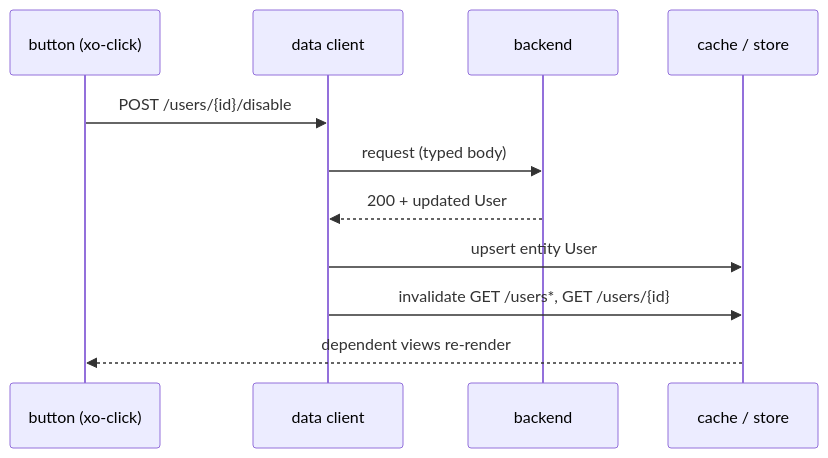
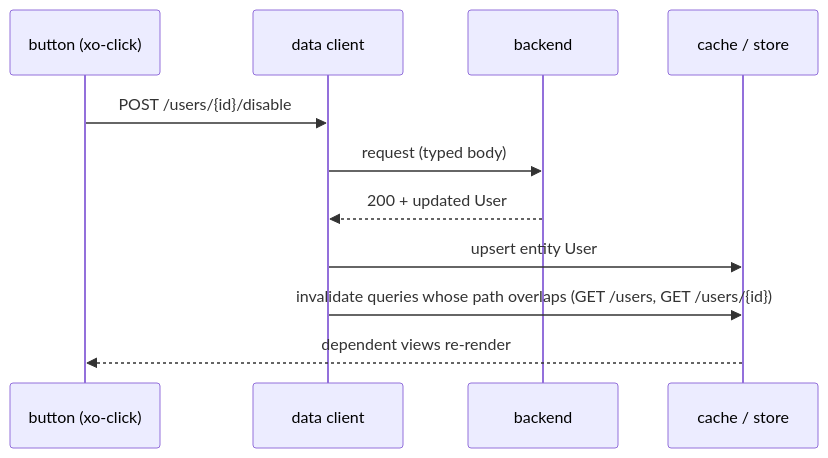
Before and after one commit to fpt-duongtx/xoong: the fourth of 6 diagrams in docs/architecture.md, drawn with Mermaid. The commit also changed other lines of this file and 107 other files, not shown here.

````diff
--- a/docs/architecture.md
+++ b/docs/architecture.md
@@ -124,13 +160,13 @@
 ```mermaid
 sequenceDiagram
   participant B as button (xo-click)
   participant D as data client
   participant S as backend
   participant C as cache / store
   B->>D: POST /users/{id}/disable
   D->>S: request (typed body)
   S-->>D: 200 + updated User
   D->>C: upsert entity User#id
-  D->>C: invalidate GET /users*, GET /users/{id}
+  D->>C: invalidate queries whose path overlaps (GET /users, GET /users/{id})
   C-->>B: dependent views re-render
 ```
````
